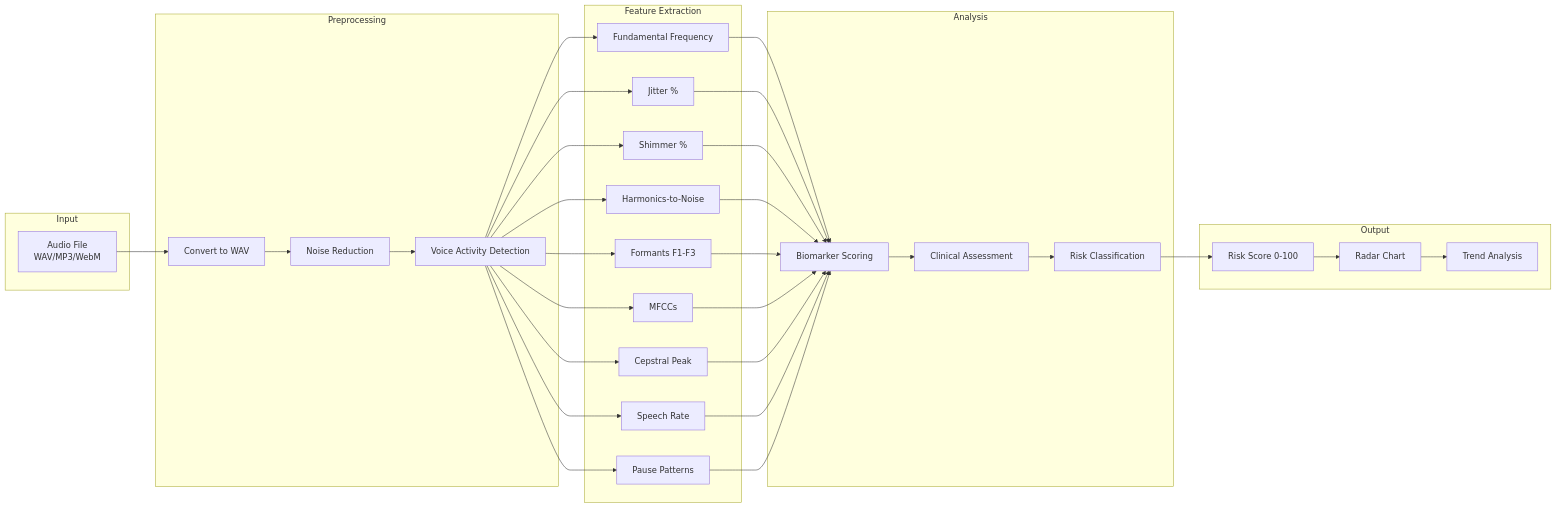
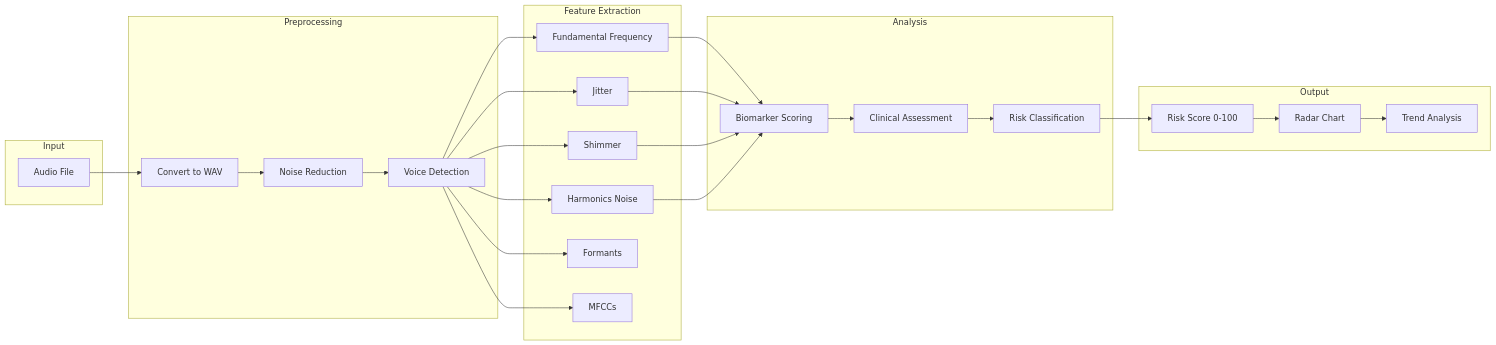
One commit to steeltroops-ai/NeuraLens changed the seventh of 11 diagrams in ARCHITECTURE.md. Above: the diagram before and after it, drawn with Mermaid. The commit also changed other lines of this file, not shown here.

Commit message:
fix(docs): correct Mermaid diagram syntax for GitHub rendering

````diff
--- a/ARCHITECTURE.md
+++ b/ARCHITECTURE.md
@@ -322,43 +323,46 @@
 ```mermaid
 graph LR
-    subgraph "Input"
-        Audio[Audio File<br/>WAV/MP3/WebM]
+    subgraph Input2["Input"]
+        Audio["Audio File"]
     end
     
-    subgraph "Preprocessing"
-        Convert[Convert to WAV]
-        Denoise[Noise Reduction]
-        VAD[Voice Activity Detection]
+    subgraph Preprocess2["Preprocessing"]
+        Convert["Convert to WAV"]
+        Denoise["Noise Reduction"]
+        VAD["Voice Detection"]
     end
     
-    subgraph "Feature Extraction"
-        F0[Fundamental Frequency]
-        Jitter[Jitter %]
-        Shimmer[Shimmer %]
-        HNR[Harmonics-to-Noise]
-        Formants[Formants F1-F3]
-        MFCC[MFCCs]
-        CPPS[Cepstral Peak]
-        Speech[Speech Rate]
-        Pause[Pause Patterns]
+    subgraph Features2["Feature Extraction"]
+        F0["Fundamental Frequency"]
+        Jitter["Jitter"]
+        Shimmer["Shimmer"]
+        HNR["Harmonics Noise"]
+        Formants["Formants"]
+        MFCC["MFCCs"]
     end
     
-    subgraph "Analysis"
-        Biomarker[Biomarker Scoring]
-        Clinical[Clinical Assessment]
-        Risk[Risk Classification]
+    subgraph Analysis2["Analysis"]
+        Biomarker["Biomarker Scoring"]
+        ClinicalS["Clinical Assessment"]
+        RiskS["Risk Classification"]
     end
     
-    subgraph "Output"
-        Score[Risk Score 0-100]
-        Radar[Radar Chart]
-        Trends[Trend Analysis]
+    subgraph Output2["Output"]
+        Score["Risk Score 0-100"]
+        Radar["Radar Chart"]
+        Trends["Trend Analysis"]
     end
     
     Audio --> Convert --> Denoise --> VAD
-    VAD --> F0 & Jitter & Shimmer & HNR & Formants & MFCC & CPPS & Speech & Pause
-    F0 & Jitter & Shimmer & HNR --> Biomarker
-    Formants & MFCC & CPPS --> Biomarker
-    Speech & Pause --> Biomarker
-    Biomarker --> Clinical --> Risk --> Score --> Radar --> Trends
+    VAD --> F0
+    VAD --> Jitter
+    VAD --> Shimmer
+    VAD --> HNR
+    VAD --> Formants
+    VAD --> MFCC
+    F0 --> Biomarker
+    Jitter --> Biomarker
+    Shimmer --> Biomarker
+    HNR --> Biomarker
+    Biomarker --> ClinicalS --> RiskS --> Score --> Radar --> Trends
 ```
````
